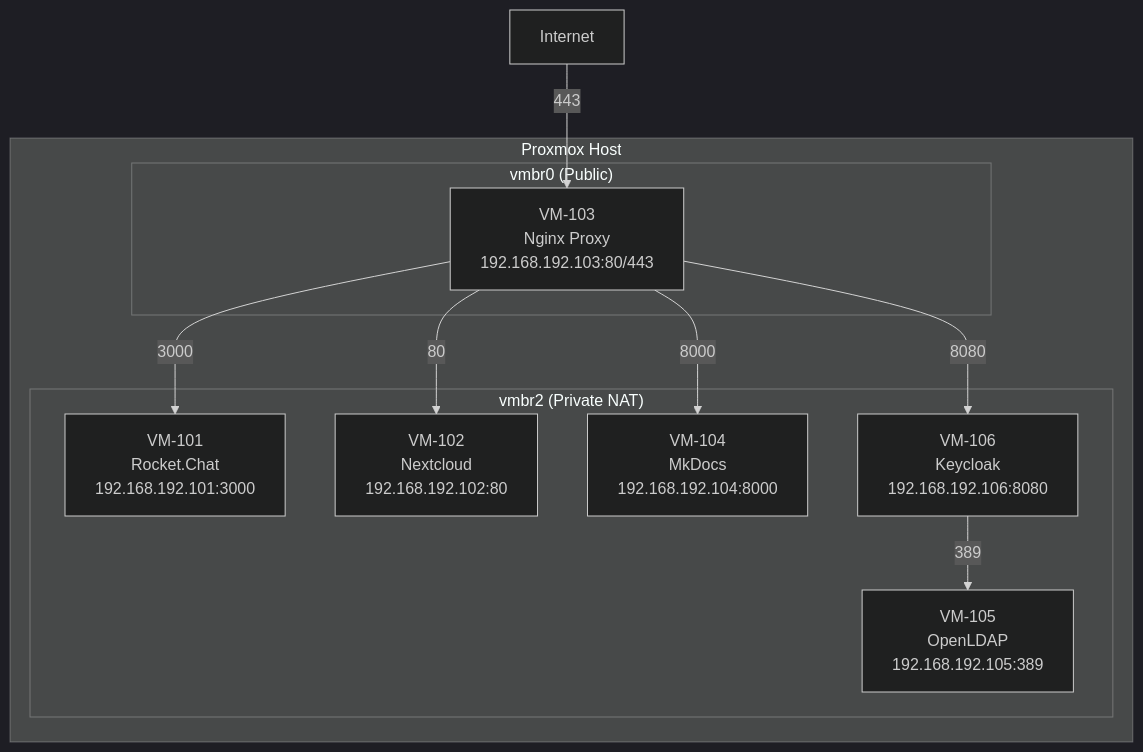
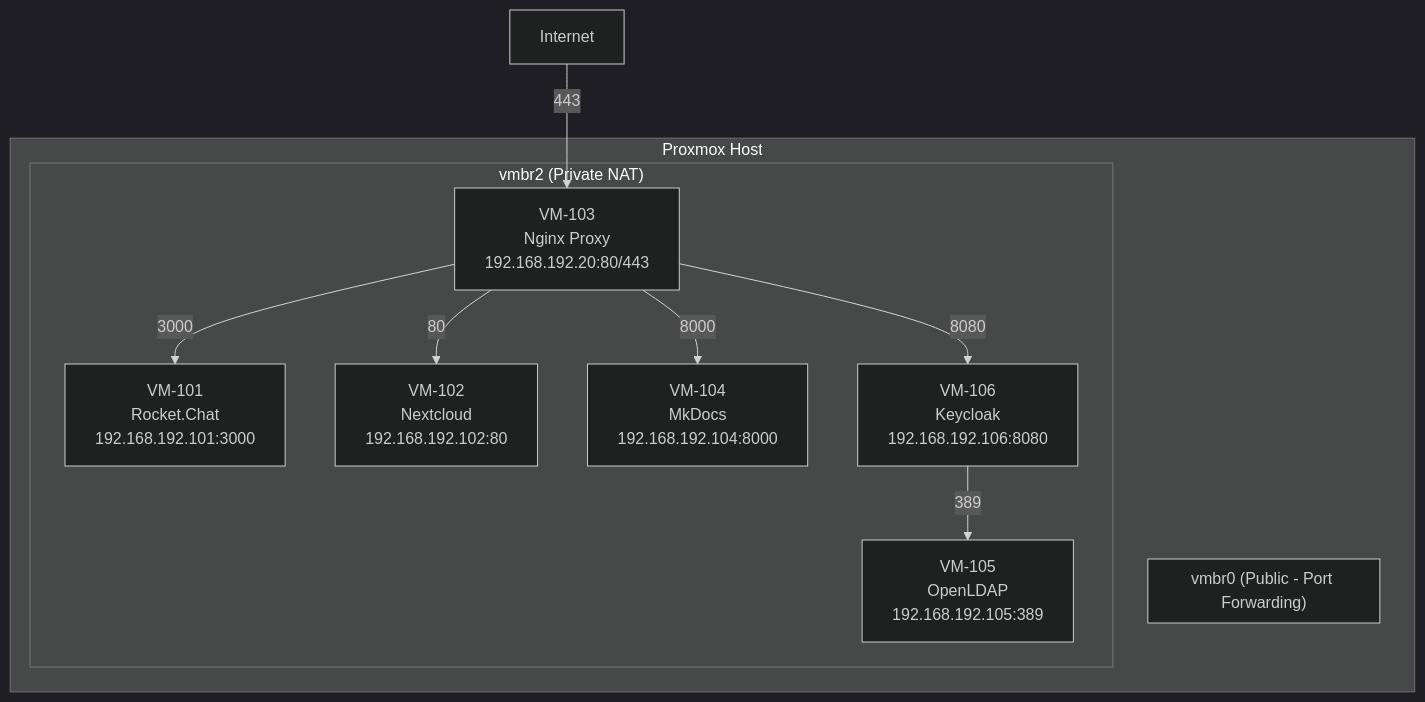
The diagram in docs/02-vm-creation/01-overview.md (dmaljkovic/proxmox-lab), drawn with Mermaid before and after one commit. The commit also changed other lines of this file and 1 other file, not shown here.

Commit message:
Move nginx-proxy from vmbr0 to vmbr2 in VM overview documentation

````diff
--- a/docs/02-vm-creation/01-overview.md
+++ b/docs/02-vm-creation/01-overview.md
@@ -56,23 +56,23 @@
 ```mermaid
 %%{init: {'theme': 'dark'}}%%
 graph TB
     subgraph "Proxmox Host"
-        subgraph "vmbr0 (Public)"
-            VM3[VM-103<br/>Nginx Proxy<br/>192.168.192.103:80/443]
+        subgraph "vmbr0 (Public - Port Forwarding)"
         end
         subgraph "vmbr2 (Private NAT)"
             VM1[VM-101<br/>Rocket.Chat<br/>192.168.192.101:3000]
             VM2[VM-102<br/>Nextcloud<br/>192.168.192.102:80]
+            VM3[VM-103<br/>Nginx Proxy<br/>192.168.192.20:80/443]
             VM4[VM-104<br/>MkDocs<br/>192.168.192.104:8000]
             VM5[VM-105<br/>OpenLDAP<br/>192.168.192.105:389]
             VM6[VM-106<br/>Keycloak<br/>192.168.192.106:8080]
         end
     end
     
     Internet -->|443| VM3
     VM3 -->|3000| VM1
     VM3 -->|80| VM2
     VM3 -->|8080| VM6
     VM3 -->|8000| VM4
     VM6 -->|389| VM5
 ```
````
